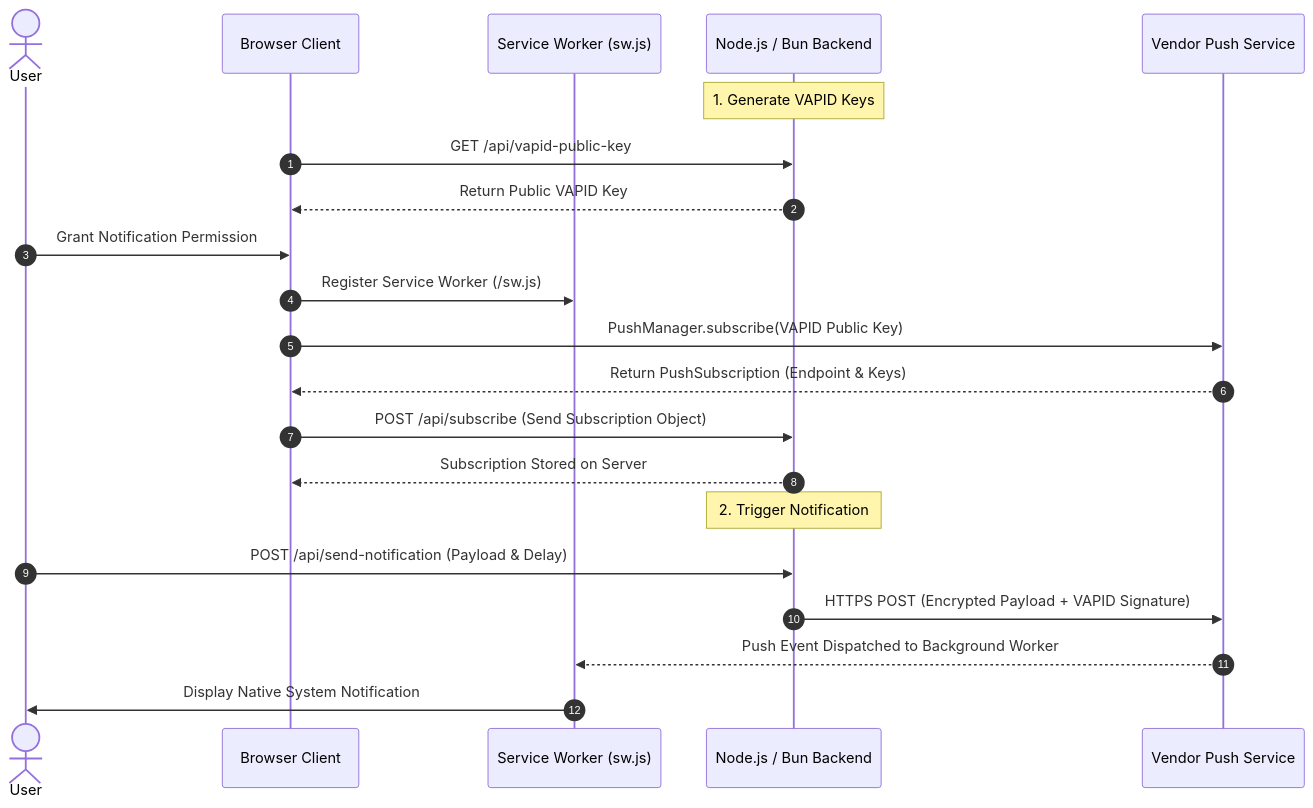
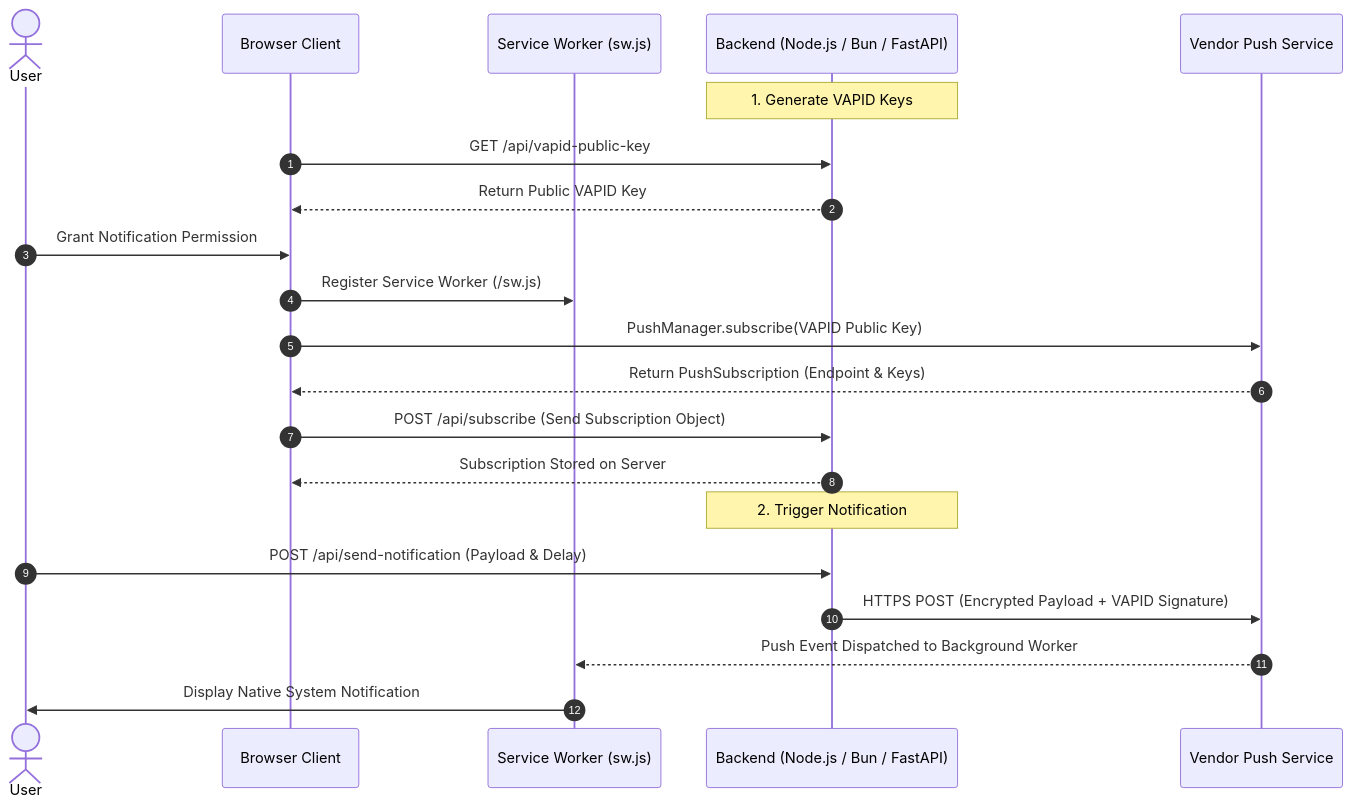
The diagram in README.md (FarrelAD/WaraWara-Web), drawn with Mermaid before and after one commit. The commit also changed other lines of this file, not shown here.

````diff
--- a/README.md
+++ b/README.md
@@ -37,27 +37,27 @@
 ```mermaid
 sequenceDiagram
     autonumber
     actor User
     participant Browser as Browser Client
     participant SW as Service Worker (sw.js)
-    participant Server as Node.js / Bun Backend
+    participant Server as Backend (Node.js / Bun / FastAPI)
     participant PushService as Vendor Push Service
 
     Note over Server: 1. Generate VAPID Keys
     Browser->>Server: GET /api/vapid-public-key
     Server-->>Browser: Return Public VAPID Key
 
     User->>Browser: Grant Notification Permission
     Browser->>SW: Register Service Worker (/sw.js)
     Browser->>PushService: PushManager.subscribe(VAPID Public Key)
     PushService-->>Browser: Return PushSubscription (Endpoint & Keys)
 
     Browser->>Server: POST /api/subscribe (Send Subscription Object)
     Server-->>Browser: Subscription Stored on Server
 
     Note over Server: 2. Trigger Notification
     User->>Server: POST /api/send-notification (Payload & Delay)
     Server->>PushService: HTTPS POST (Encrypted Payload + VAPID Signature)
     PushService-->>SW: Push Event Dispatched to Background Worker
     SW->>User: Display Native System Notification
 ```
````
